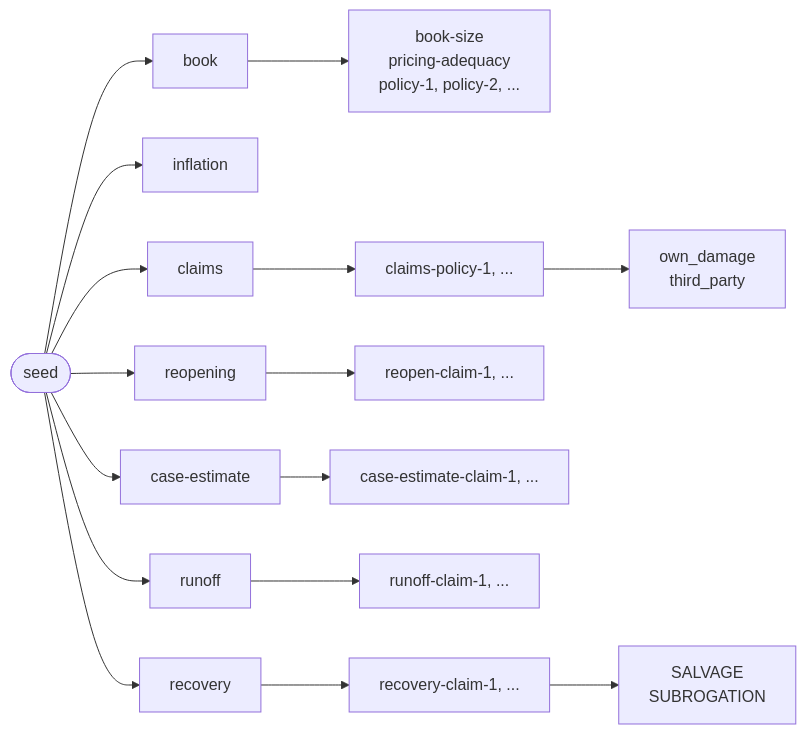
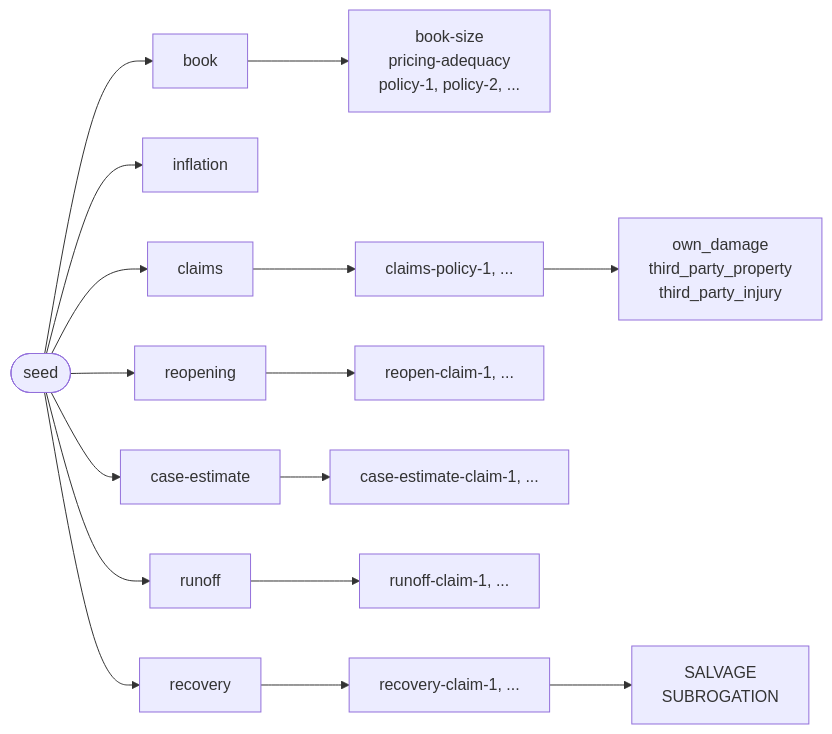
Before and after one commit to le-marais/claims-data-generator: the eighth of 10 diagrams in README.md, drawn with Mermaid. The commit also changed other lines of this file and 36 other files, not shown here.

First line of the commit message:
Split third-party cover into property damage and injury, scored together against Schedule P Part 1B (#29)

````diff
--- a/README.md
+++ b/README.md
@@ -273,27 +277,27 @@
 ```mermaid
 %%{init: {"flowchart": {"wrappingWidth": 480}}}%%
 flowchart LR
     seed(["seed"])
     book["book"]
     bookStreams["book-size<br/>pricing-adequacy<br/>policy-1, policy-2, ..."]
     inflation["inflation"]
     claims["claims"]
     claimStreams["claims-policy-1, ..."]
-    sectionStreams["own_damage<br/>third_party"]
+    sectionStreams["own_damage<br/>third_party_property<br/>third_party_injury"]
     reopening["reopening"]
     reopenStreams["reopen-claim-1, ..."]
     caseEstimate["case-estimate"]
     caseStreams["case-estimate-claim-1, ..."]
     runoff["runoff"]
     runoffStreams["runoff-claim-1, ..."]
     recovery["recovery"]
     recoveryStreams["recovery-claim-1, ..."]
     recoveryKinds["SALVAGE<br/>SUBROGATION"]
     seed --> book --> bookStreams
     seed --> inflation
     seed --> claims --> claimStreams --> sectionStreams
     seed --> reopening --> reopenStreams
     seed --> caseEstimate --> caseStreams
     seed --> runoff --> runoffStreams
     seed --> recovery --> recoveryStreams --> recoveryKinds
 ```
````
